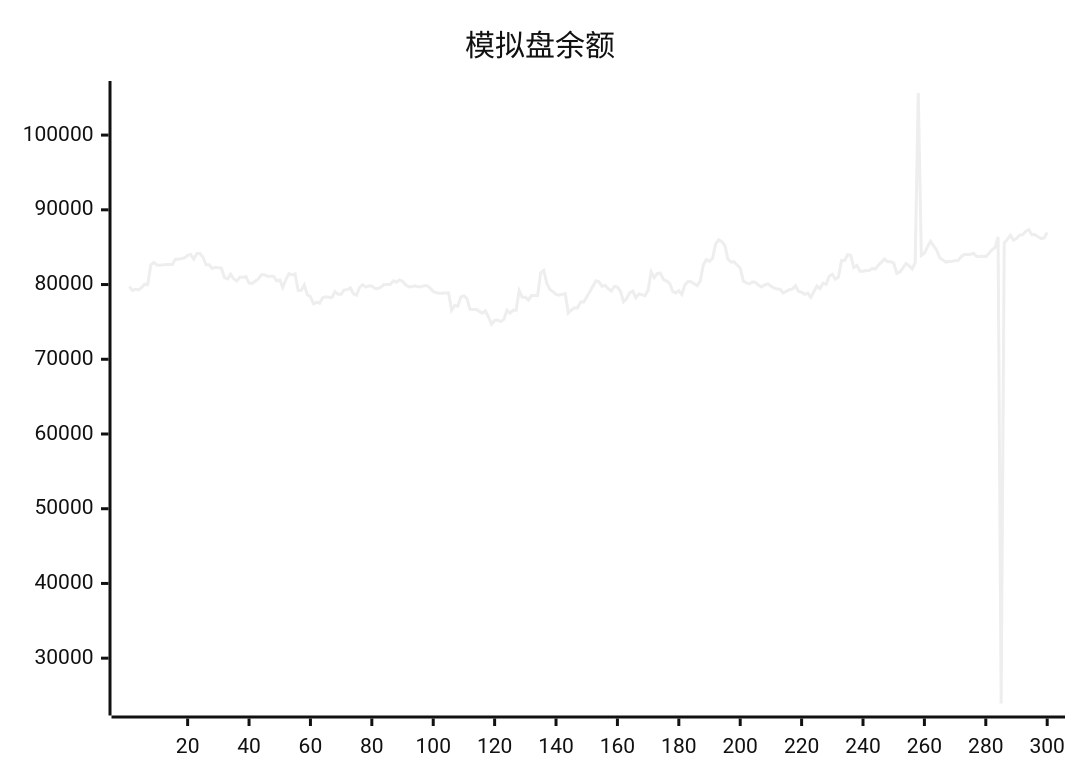
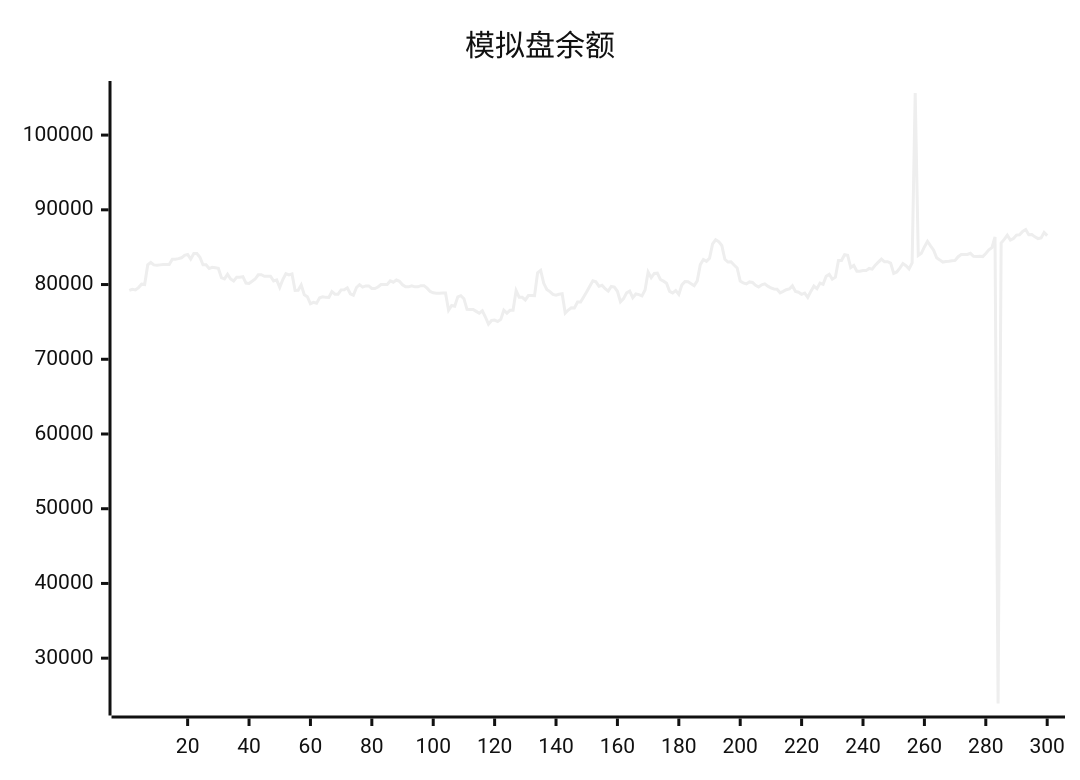
Before and after one commit to aahl/ai-trading: the diagram in README.md, drawn with Mermaid (neutral theme). The commit also changed other lines of this file and 1 other file, not shown here.

````diff
--- a/README.md
+++ b/README.md
@@ -5,5 +5,5 @@
 ```mermaid
 xychart
     title "模拟盘余额"
-    line [79720,79214,79372,79279,79591,80046,79993,82625,82950,82626,82571,82633,82670,82670,82681,83386,83378,83464,83579,83920,84037,83402,84160,84142,83652,82655,82655,82145,82315,82243,82163,80934,80770,81371,80742,80468,80989,80989,81067,80191,80155,80450,80737,81309,81309,81106,81119,81119,80471,80631,79624,80670,81448,81290,81429,79212,79222,79940,78643,78380,77432,77623,77504,78235,78358,78284,78277,79048,78714,78714,79290,79308,79567,78763,78563,79603,79988,79652,79813,79813,79476,79469,79673,79995,80015,80015,80486,80314,80600,80436,79966,79689,79689,79819,79692,79692,79850,79850,79518,79071,78889,78850,78850,78878,78878,76554,77202,77103,78357,78510,78106,76678,76677,76672,76411,76159,76485,75656,74695,75197,75246,75052,75334,76564,76179,76553,76551,79196,78300,78300,77944,78531,78531,78521,81564,81884,80160,79335,79055,78675,78580,78708,78764,76179,76586,76902,76876,77658,77669,78346,79023,79769,80497,80366,79761,79896,79448,79126,79749,79658,79097,77695,78114,78888,79126,78249,78738,78653,78478,79271,81680,80923,81488,81527,80681,80455,80190,79084,78879,79193,78686,79954,80403,80374,80118,79848,80491,82665,83351,83098,83525,85430,85983,85737,85221,83378,83014,83043,82613,82216,80477,80208,80081,80348,80277,79894,79670,79965,80093,79786,79542,79406,79371,78893,79087,79304,79406,79841,79072,78978,78696,78846,78272,79085,79787,79442,80198,80031,81120,81379,80718,80985,83214,83212,83993,83921,82270,82547,81776,81776,81866,81866,82158,82061,82596,83000,83408,83041,83050,82858,81503,81691,82188,82812,82517,82092,82901,105633,83898,84180,85030,85781,85178,84604,83569,83298,83008,83093,83107,83175,83228,83729,84025,84017,84019,84177,83775,83762,83785,83738,84160,84639,84939,86370,23934,85548,86046,86599,85942,86161,86622,86664,87115,87369,86666,86685,86384,86152,86243,86969]
+    line [79214,79372,79279,79591,80046,79993,82625,82950,82626,82571,82633,82670,82670,82681,83386,83378,83464,83579,83920,84037,83402,84160,84142,83652,82655,82655,82145,82315,82243,82163,80934,80770,81371,80742,80468,80989,80989,81067,80191,80155,80450,80737,81309,81309,81106,81119,81119,80471,80631,79624,80670,81448,81290,81429,79212,79222,79940,78643,78380,77432,77623,77504,78235,78358,78284,78277,79048,78714,78714,79290,79308,79567,78763,78563,79603,79988,79652,79813,79813,79476,79469,79673,79995,80015,80015,80486,80314,80600,80436,79966,79689,79689,79819,79692,79692,79850,79850,79518,79071,78889,78850,78850,78878,78878,76554,77202,77103,78357,78510,78106,76678,76677,76672,76411,76159,76485,75656,74695,75197,75246,75052,75334,76564,76179,76553,76551,79196,78300,78300,77944,78531,78531,78521,81564,81884,80160,79335,79055,78675,78580,78708,78764,76179,76586,76902,76876,77658,77669,78346,79023,79769,80497,80366,79761,79896,79448,79126,79749,79658,79097,77695,78114,78888,79126,78249,78738,78653,78478,79271,81680,80923,81488,81527,80681,80455,80190,79084,78879,79193,78686,79954,80403,80374,80118,79848,80491,82665,83351,83098,83525,85430,85983,85737,85221,83378,83014,83043,82613,82216,80477,80208,80081,80348,80277,79894,79670,79965,80093,79786,79542,79406,79371,78893,79087,79304,79406,79841,79072,78978,78696,78846,78272,79085,79787,79442,80198,80031,81120,81379,80718,80985,83214,83212,83993,83921,82270,82547,81776,81776,81866,81866,82158,82061,82596,83000,83408,83041,83050,82858,81503,81691,82188,82812,82517,82092,82901,105633,83898,84180,85030,85781,85178,84604,83569,83298,83008,83093,83107,83175,83228,83729,84025,84017,84019,84177,83775,83762,83785,83738,84160,84639,84939,86370,23934,85548,86046,86599,85942,86161,86622,86664,87115,87369,86666,86685,86384,86152,86243,86969,86548]
 ```
````
